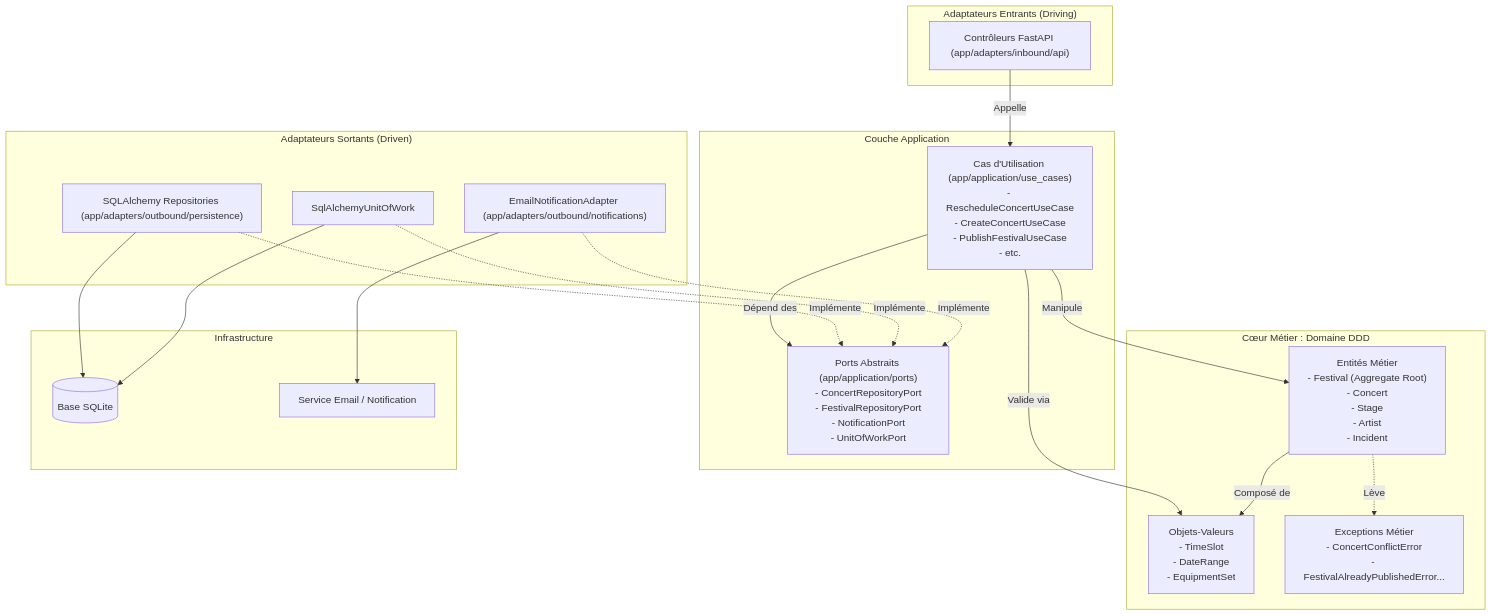
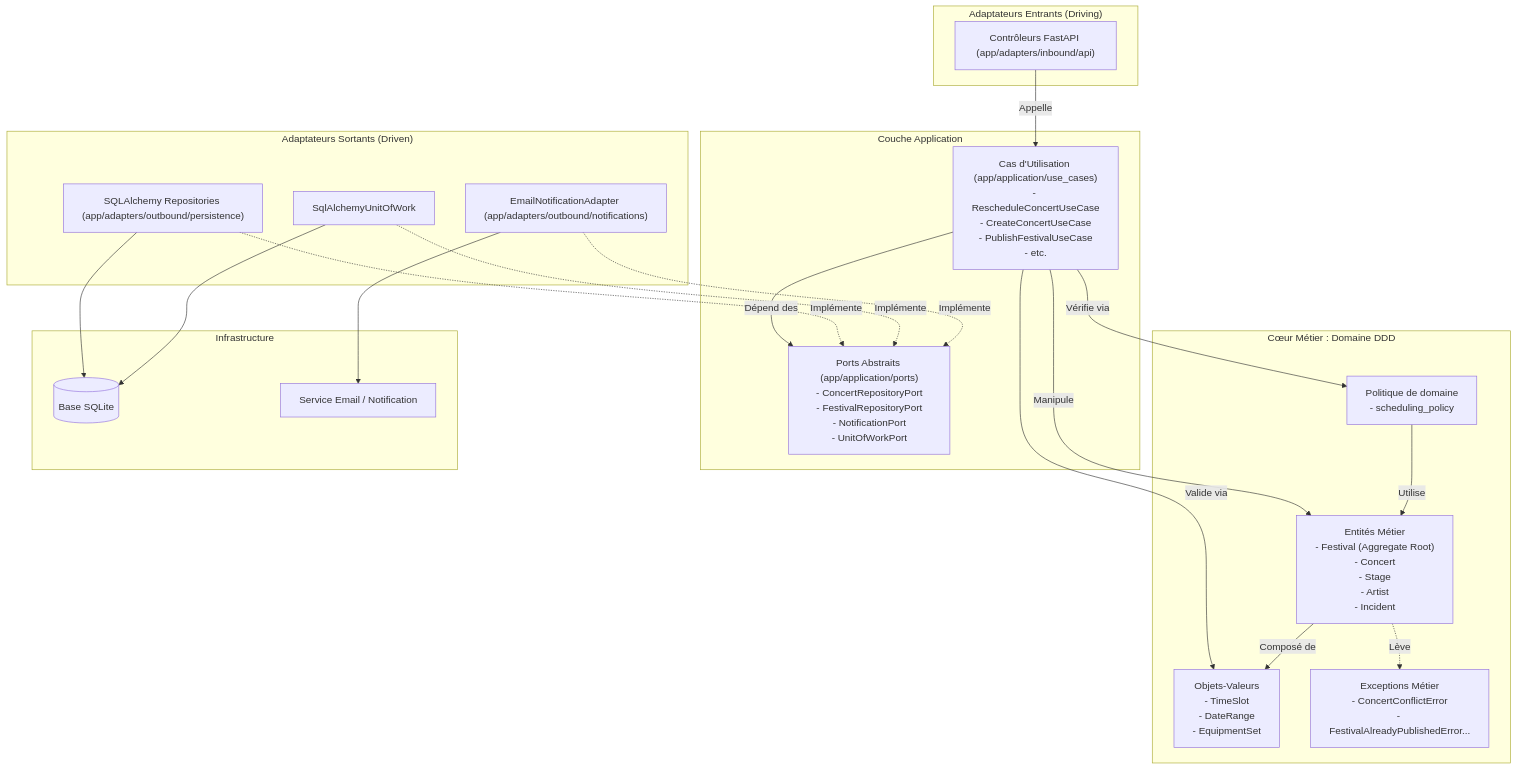
One commit to Timogui/Architecture_hexagonale changed the second of 3 diagrams in NOTE_D_ARCHITECTURE.md. Above: the diagram before and after it, drawn with Mermaid. The commit also changed other lines of this file and 22 other files, not shown here.

````diff
--- a/NOTE_D_ARCHITECTURE.md
+++ b/NOTE_D_ARCHITECTURE.md
@@ -105,43 +123,46 @@
 ```mermaid
 flowchart TD
     subgraph DrivingAdapters ["Adaptateurs Entrants (Driving)"]
         FastAPIControlers["Contrôleurs FastAPI (app/adapters/inbound/api)"]
     end
 
     subgraph ApplicationLayer ["Couche Application"]
         UseCases["Cas d'Utilisation (app/application/use_cases)\n- RescheduleConcertUseCase\n- CreateConcertUseCase\n- PublishFestivalUseCase\n- etc."]
         Ports["Ports Abstraits (app/application/ports)\n- ConcertRepositoryPort\n- FestivalRepositoryPort\n- NotificationPort\n- UnitOfWorkPort"]
     end
 
     subgraph DomainLayer ["Cœur Métier : Domaine DDD"]
         Entities["Entités Métier\n- Festival (Aggregate Root)\n- Concert\n- Stage\n- Artist\n- Incident"]
         ValueObjects["Objets-Valeurs\n- TimeSlot\n- DateRange\n- EquipmentSet"]
+        Policy["Politique de domaine\n- scheduling_policy"]
         Exceptions["Exceptions Métier\n- ConcertConflictError\n- FestivalAlreadyPublishedError..."]
     end
 
     subgraph DrivenAdapters ["Adaptateurs Sortants (Driven)"]
         SQLRepos["SQLAlchemy Repositories (app/adapters/outbound/persistence)"]
         SQLUoW["SqlAlchemyUnitOfWork"]
         EmailNotif["EmailNotificationAdapter (app/adapters/outbound/notifications)"]
     end
 
     subgraph Infrastructure ["Infrastructure"]
         SQLiteDB[(Base SQLite)]
         SMTP[Service Email / Notification]
     end
 
     FastAPIControlers -->|Appelle| UseCases
     UseCases -->|Manipule| Entities
     UseCases -->|Valide via| ValueObjects
+    UseCases -->|Vérifie via| Policy
+    Policy -->|Utilise| Entities
     Entities -->|Composé de| ValueObjects
     Entities -.->|Lève| Exceptions
 
     UseCases -->|Dépend des| Ports
     SQLRepos -.->|Implémente| Ports
     SQLUoW -.->|Implémente| Ports
     EmailNotif -.->|Implémente| Ports
 
     SQLRepos --> SQLiteDB
     SQLUoW --> SQLiteDB
     EmailNotif --> SMTP
 ```
````
